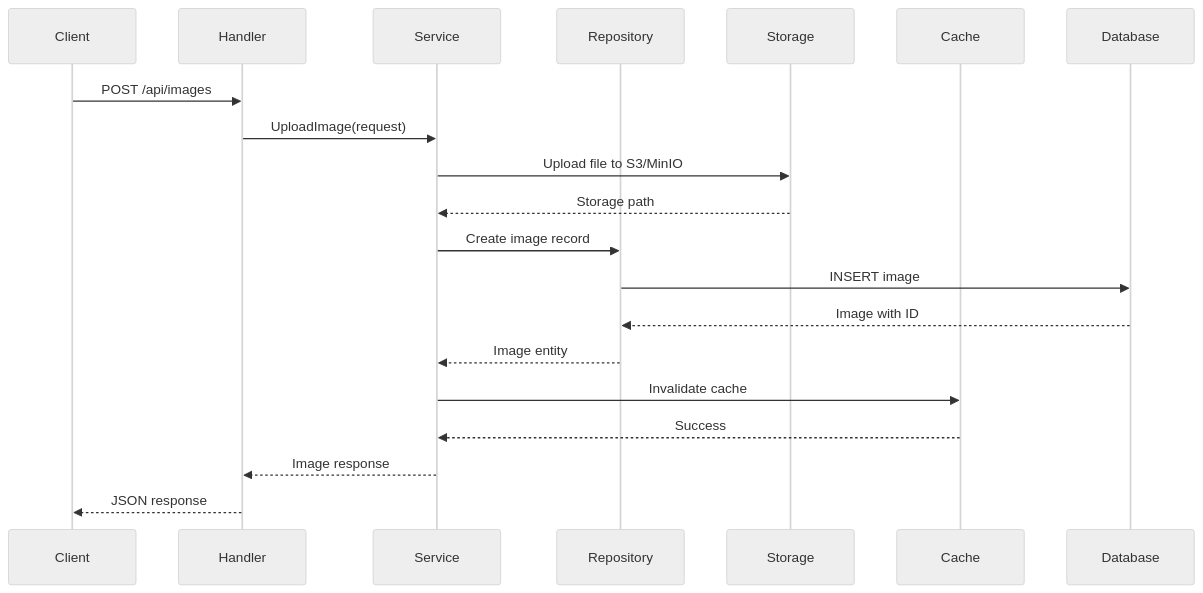
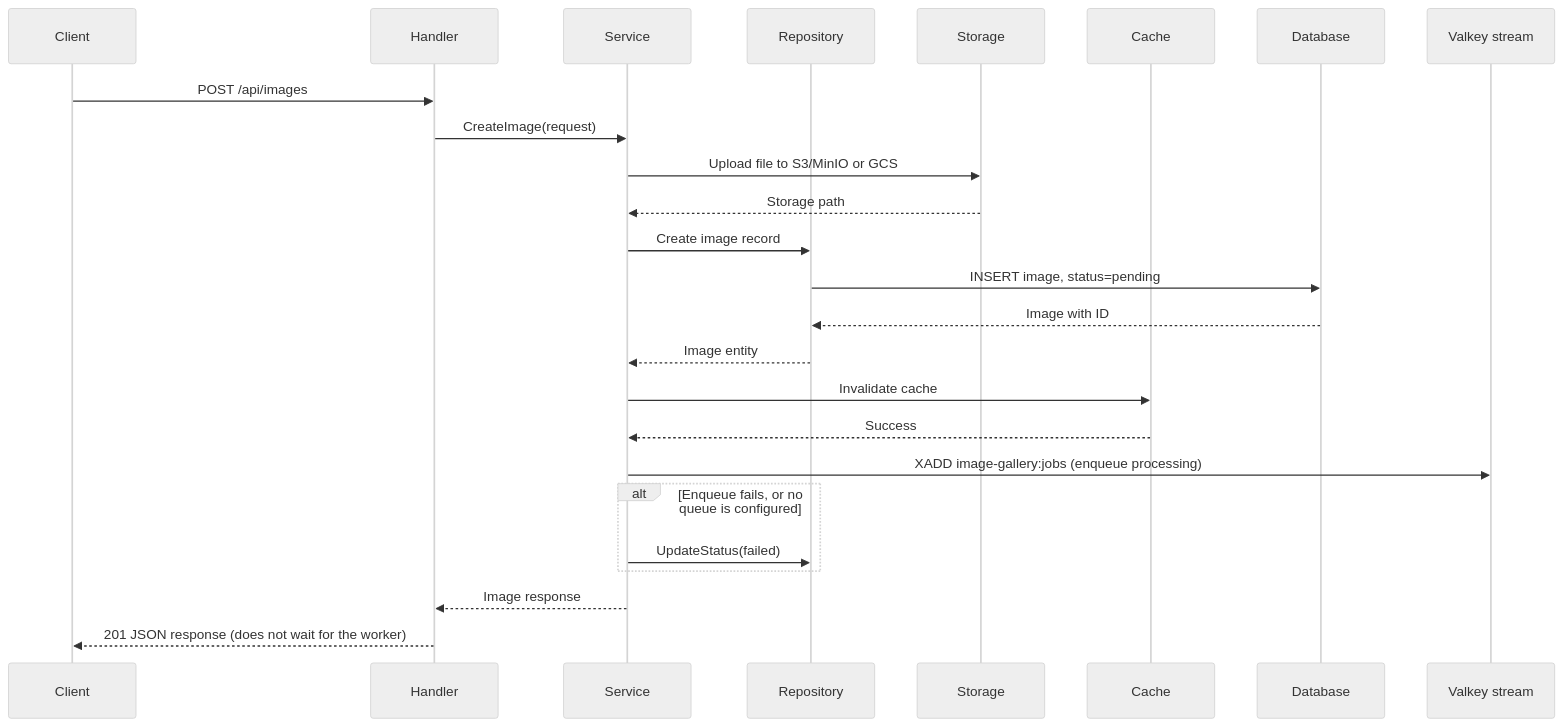
One commit to Smana/golang-helloworld changed the second of 6 diagrams in docs/ARCHITECTURE.md. Above: the diagram before and after it, drawn with Mermaid (neutral theme). The commit also changed other lines of this file and 4 other files, not shown here.

First line of the commit message:
docs: add the worker and queue to the architecture, drop dead targets and routes

````diff
--- a/docs/ARCHITECTURE.md
+++ b/docs/ARCHITECTURE.md
@@ -344,23 +359,28 @@
 ```mermaid
 sequenceDiagram
     participant C as Client
     participant H as Handler
     participant S as Service
     participant R as Repository
     participant St as Storage
     participant Ca as Cache
     participant DB as Database
+    participant Q as Valkey stream
     
     C->>H: POST /api/images
-    H->>S: UploadImage(request)
-    S->>St: Upload file to S3/MinIO
+    H->>S: CreateImage(request)
+    S->>St: Upload file to S3/MinIO or GCS
     St-->>S: Storage path
     S->>R: Create image record
-    R->>DB: INSERT image
+    R->>DB: INSERT image, status=pending
     DB-->>R: Image with ID
     R-->>S: Image entity
     S->>Ca: Invalidate cache
     Ca-->>S: Success
+    S->>Q: XADD image-gallery:jobs (enqueue processing)
+    alt Enqueue fails, or no queue is configured
+        S->>R: UpdateStatus(failed)
+    end
     S-->>H: Image response
-    H-->>C: JSON response
+    H-->>C: 201 JSON response (does not wait for the worker)
 ```
````
